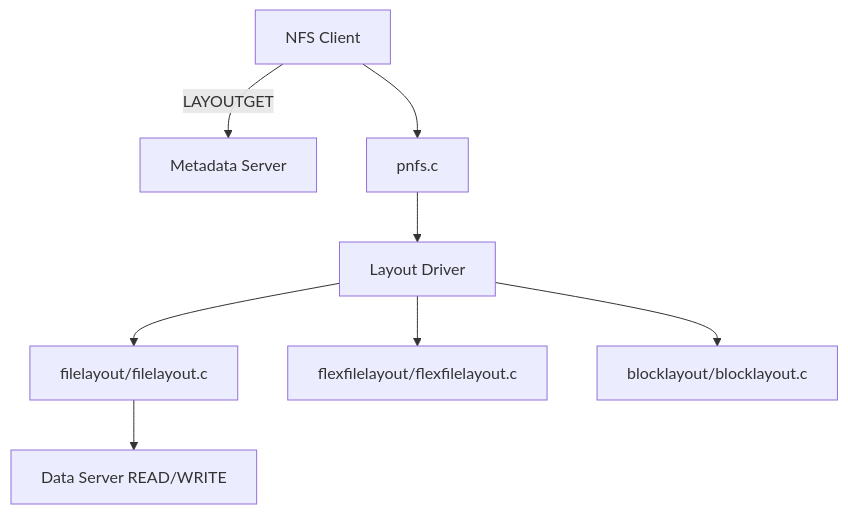
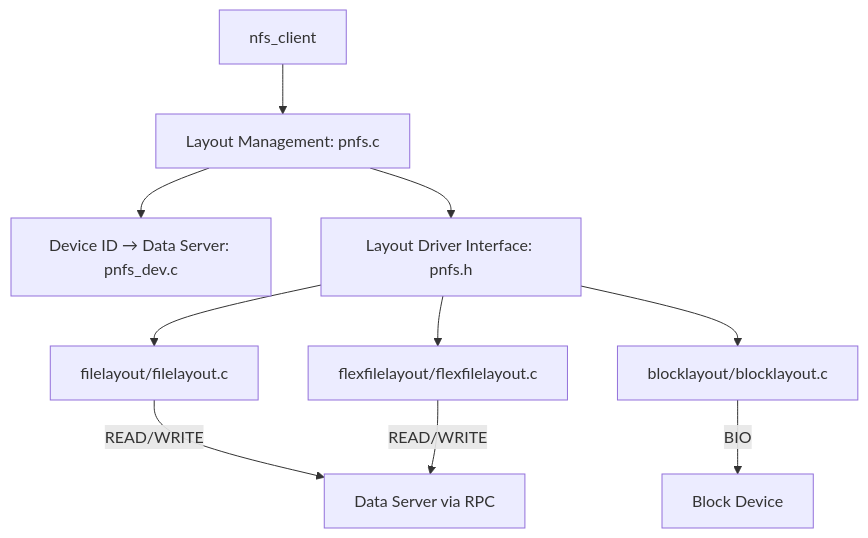
The third of 4 diagrams in docs/nfs-ebook/ch04-nfs41.md (darrenstarr/dnfs), drawn with Mermaid before and after one commit. The commit also changed other lines of this file and 9 other files, not shown here.

````diff
--- a/docs/nfs-ebook/ch04-nfs41.md
+++ b/docs/nfs-ebook/ch04-nfs41.md
@@ -166,10 +173,12 @@
 ```mermaid
 flowchart TD
-    NFSC[NFS Client] -->|LAYOUTGET| MD[Metadata Server]
-    NFSC --> PNFS[pnfs.c]
-    PNFS --> LDRV[Layout Driver]
-    LDRV --> FL[filelayout/filelayout.c]
-    LDRV --> BL[flexfilelayout/flexfilelayout.c]
-    LDRV --> BKL[blocklayout/blocklayout.c]
-    FL --> DS[Data Server READ/WRITE]
+    NFS[nfs_client] --> PNFS[Layout Management: pnfs.c]
+    PNFS --> DK[Device ID → Data Server: pnfs_dev.c]
+    PNFS --> LD[Layout Driver Interface: pnfs.h]
+    LD --> FL[filelayout/filelayout.c]
+    LD --> FFL[flexfilelayout/flexfilelayout.c]
+    LD --> BL[blocklayout/blocklayout.c]
+    FL -->|READ/WRITE| DS[Data Server via RPC]
+    FFL -->|READ/WRITE| DS
+    BL -->|BIO| BD[Block Device]
 ```
````
